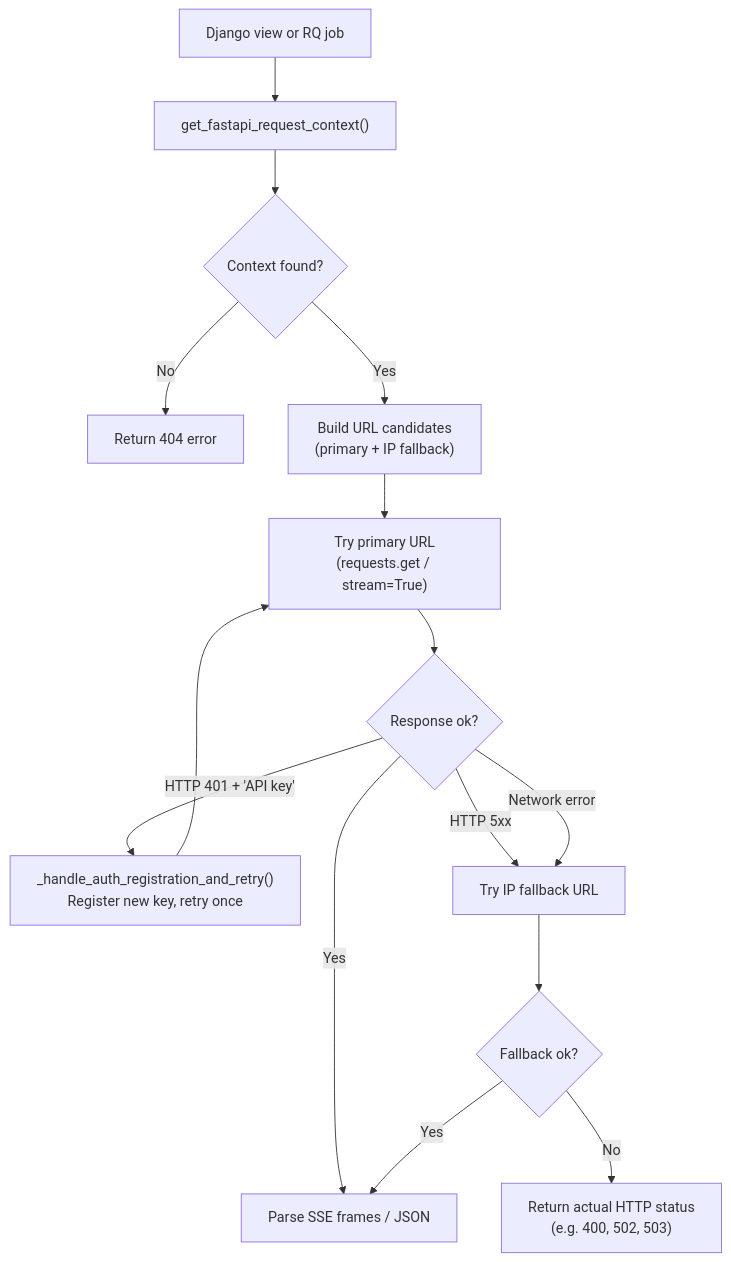
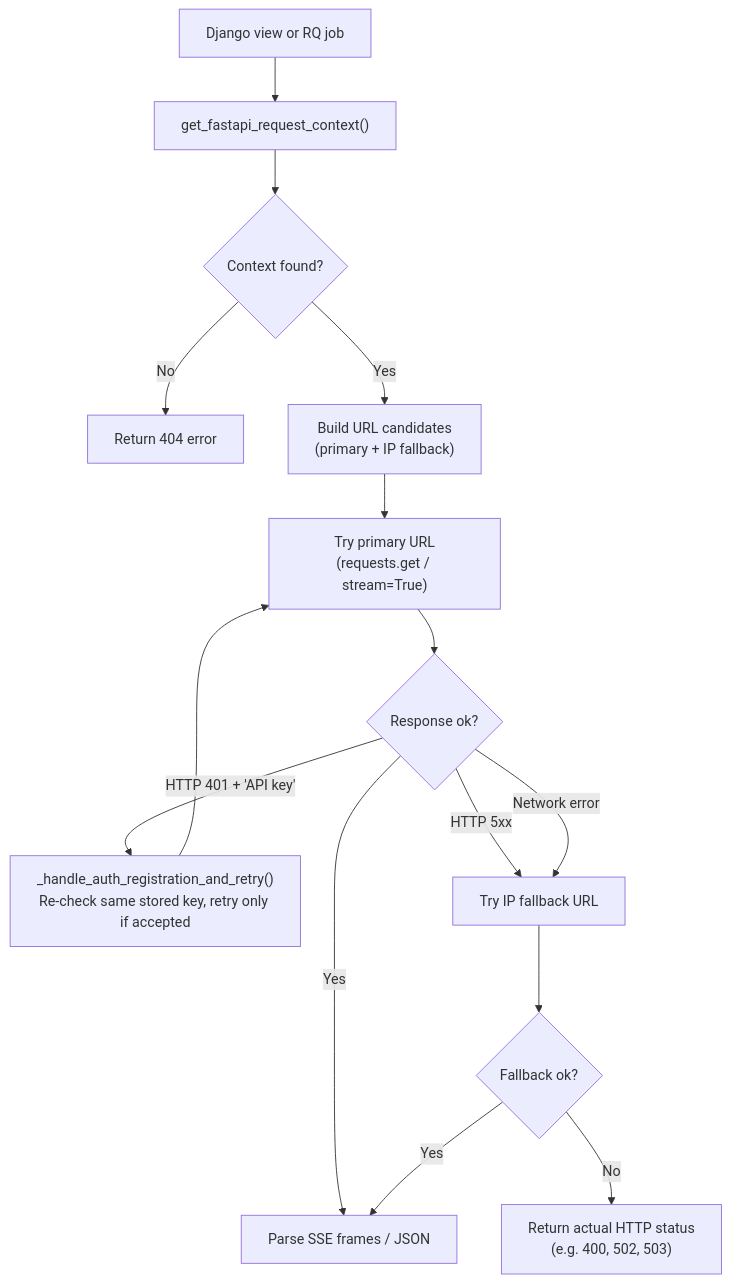
One commit to emersonfelipesp/netbox-proxbox changed the first of 2 diagrams in docs/developer/backend-integration.md. Above: the diagram before and after it, drawn with Mermaid. The commit also changed other lines of this file and 55 other files, not shown here.

````diff
--- a/docs/developer/backend-integration.md
+++ b/docs/developer/backend-integration.md
@@ -50,17 +51,17 @@
 ```mermaid
 flowchart TD
     A["Django view or RQ job"] --> B["get_fastapi_request_context()"]
     B --> C{Context found?}
     C -- No --> D["Return 404 error"]
     C -- Yes --> E["Build URL candidates\n(primary + IP fallback)"]
     E --> F["Try primary URL\n(requests.get / stream=True)"]
     F --> G{Response ok?}
     G -- Yes --> H["Parse SSE frames / JSON"]
-    G -- "HTTP 401 + 'API key'" --> I["_handle_auth_registration_and_retry()\nRegister new key, retry once"]
+    G -- "HTTP 401 + 'API key'" --> I["_handle_auth_registration_and_retry()\nRe-check same stored key, retry only if accepted"]
     G -- "HTTP 5xx" --> J["Try IP fallback URL"]
     G -- "Network error" --> J
     J --> K{Fallback ok?}
     K -- Yes --> H
     K -- No --> L["Return actual HTTP status\n(e.g. 400, 502, 503)"]
     I --> F
 ```
````
